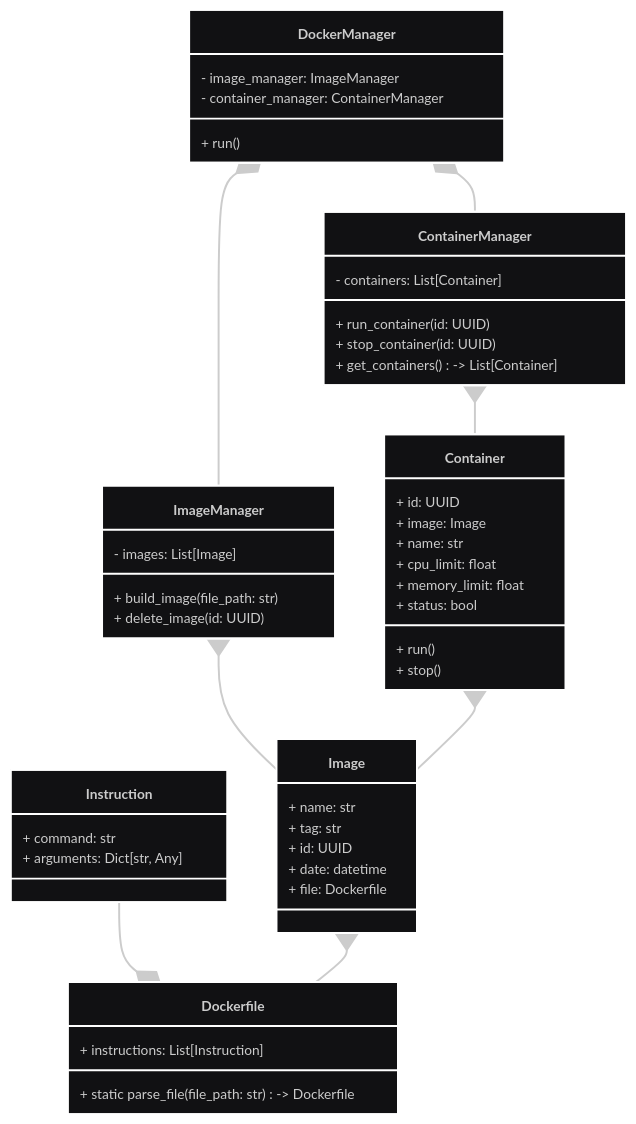
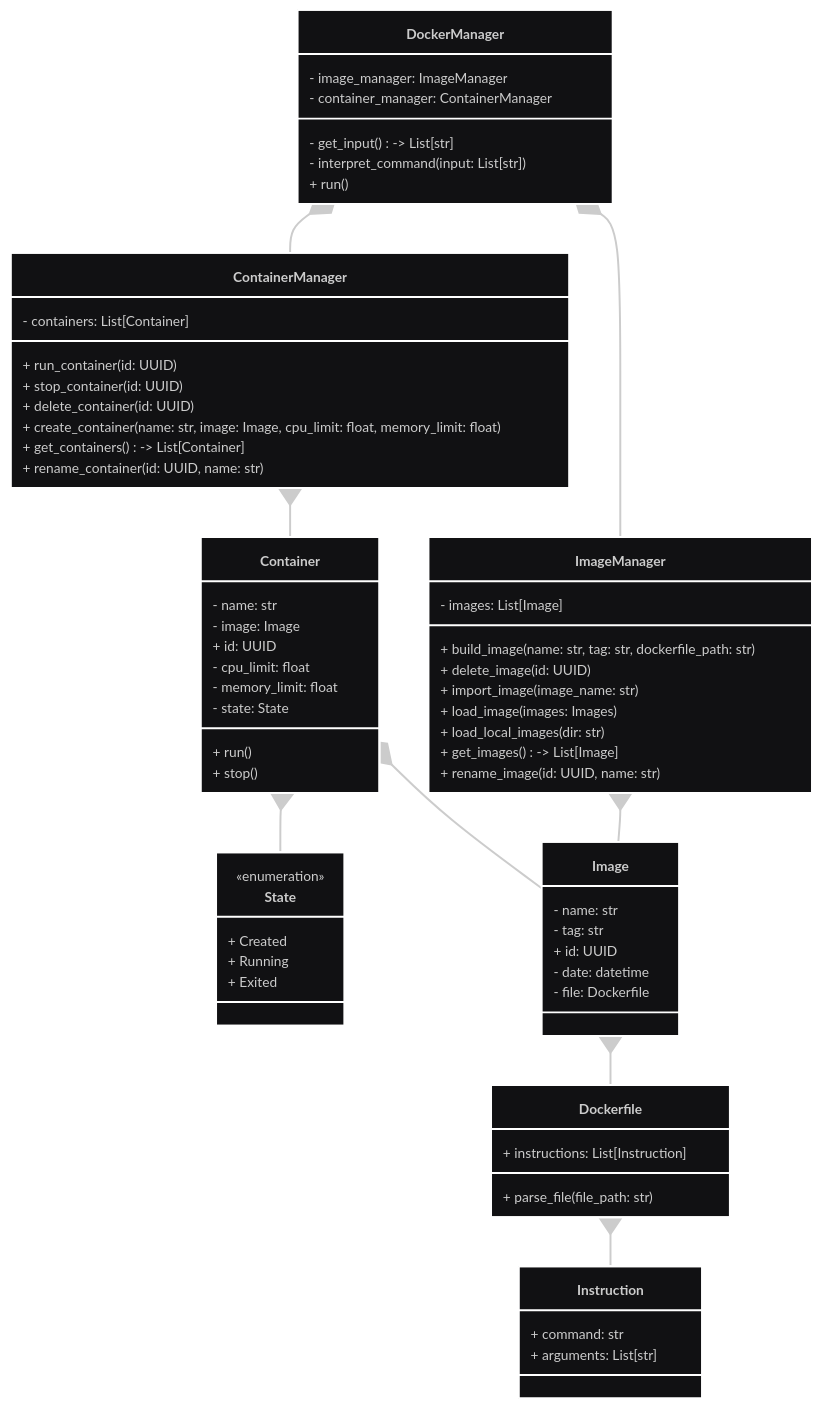
The diagram in UML.mmd (alonshuld/docker_poc), drawn with Mermaid before and after one commit. The commit also changed 1 other file, not shown here.

Commit message:
Changed UML and added Workflow chart

```diff
--- a/UML.mmd
+++ b/UML.mmd
@@ -1,62 +1,81 @@
 ---
 config:
   theme: redux-dark
 ---
 classDiagram
 
 class Instruction{
   + command: str
-  + arguments: Dict[str, Any]
+  + arguments: List[str]
+}
+
+class State{
+  <<enumeration>>
+  + Created
+  + Running
+  + Exited
 }
 
 class Dockerfile {
   + instructions: List[Instruction]
-  + static parse_file(file_path: str) -> Dockerfile
+  + parse_file(file_path: str)
 }
 
 class Image {
-  + name: str
-  + tag: str
+  - name: str
+  - tag: str
   + id: UUID
-  + date: datetime
-  + file: Dockerfile
+  - date: datetime
+  - file: Dockerfile
 }
 
 class ImageManager{
   - images: List[Image]
-  + build_image(file_path: str)
+  + build_image(name: str, tag: str, dockerfile_path: str)
   + delete_image(id: UUID)
+  + import_image(image_name: str)
+  + load_image(images: Images)
+  + load_local_images(dir: str)
+  + get_images() -> List[Image]
+  + rename_image(id: UUID, name: str)
 }
 
 class Container{
+  - name: str
+  - image: Image
   + id: UUID
-  + image: Image
-  + name: str
-  + cpu_limit: float
-  + memory_limit: float
-  + status: bool
+  - cpu_limit: float
+  - memory_limit: float
+  - state: State
   + run()
   + stop()
 }
 
 class ContainerManager{
   - containers: List[Container]
   + run_container(id: UUID)
   + stop_container(id: UUID)
+  + delete_container(id: UUID)
+  + create_container(name: str, image: Image, cpu_limit: float, memory_limit: float)
   + get_containers() -> List[Container]
+  + rename_container(id: UUID, name: str)
 }
+
 class DockerManager{
   - image_manager: ImageManager
   - container_manager: ContainerManager
+  - get_input() -> List[str]
+  - interpret_command(input: List[str])
   + run()
 }
 
-Instruction --* Dockerfile
+Dockerfile *-- Instruction
 Image *-- Dockerfile
 ImageManager *-- Image
 
+Container *-- State
 Container *-- Image
 ContainerManager *-- Container
 
 DockerManager *-- ContainerManager
 DockerManager *-- ImageManager
```
